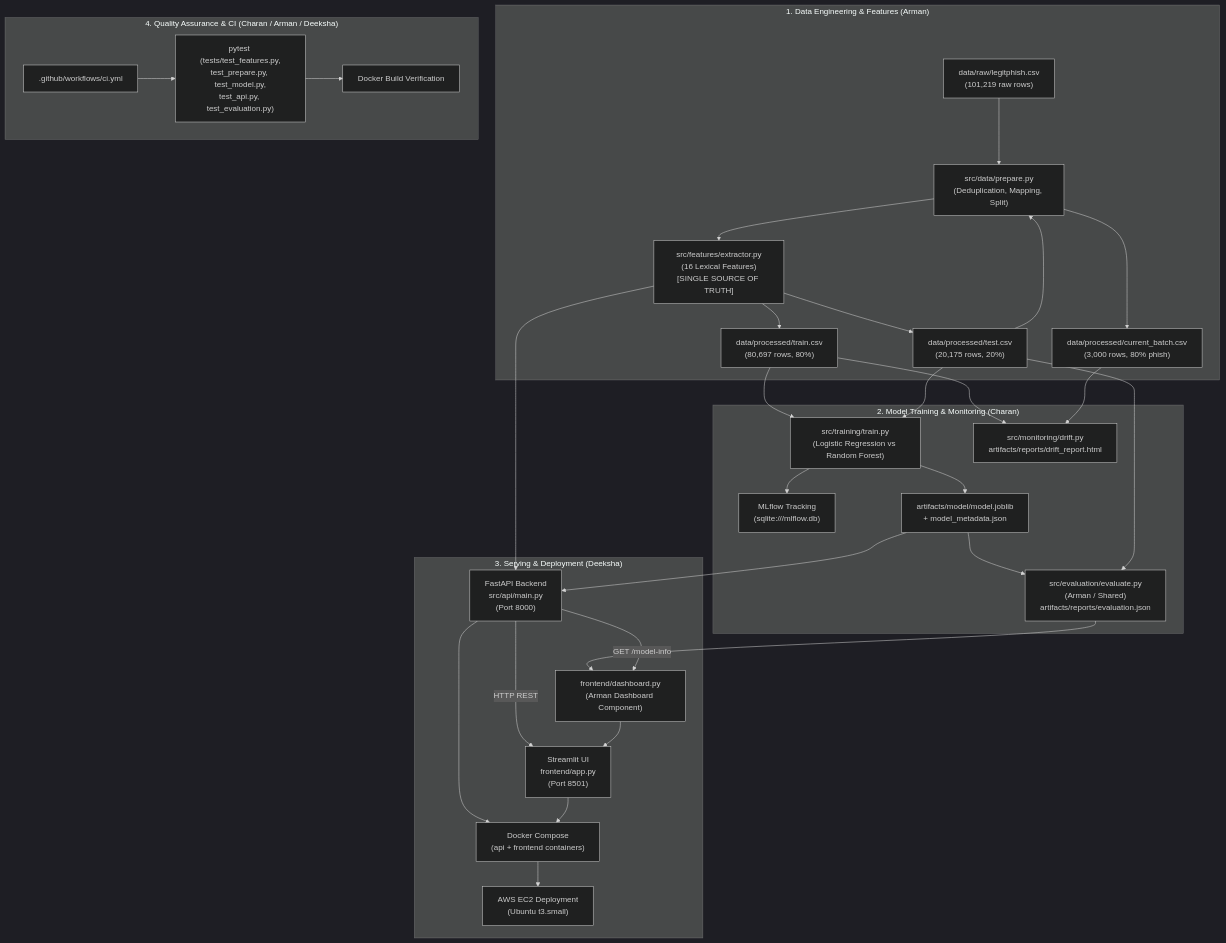
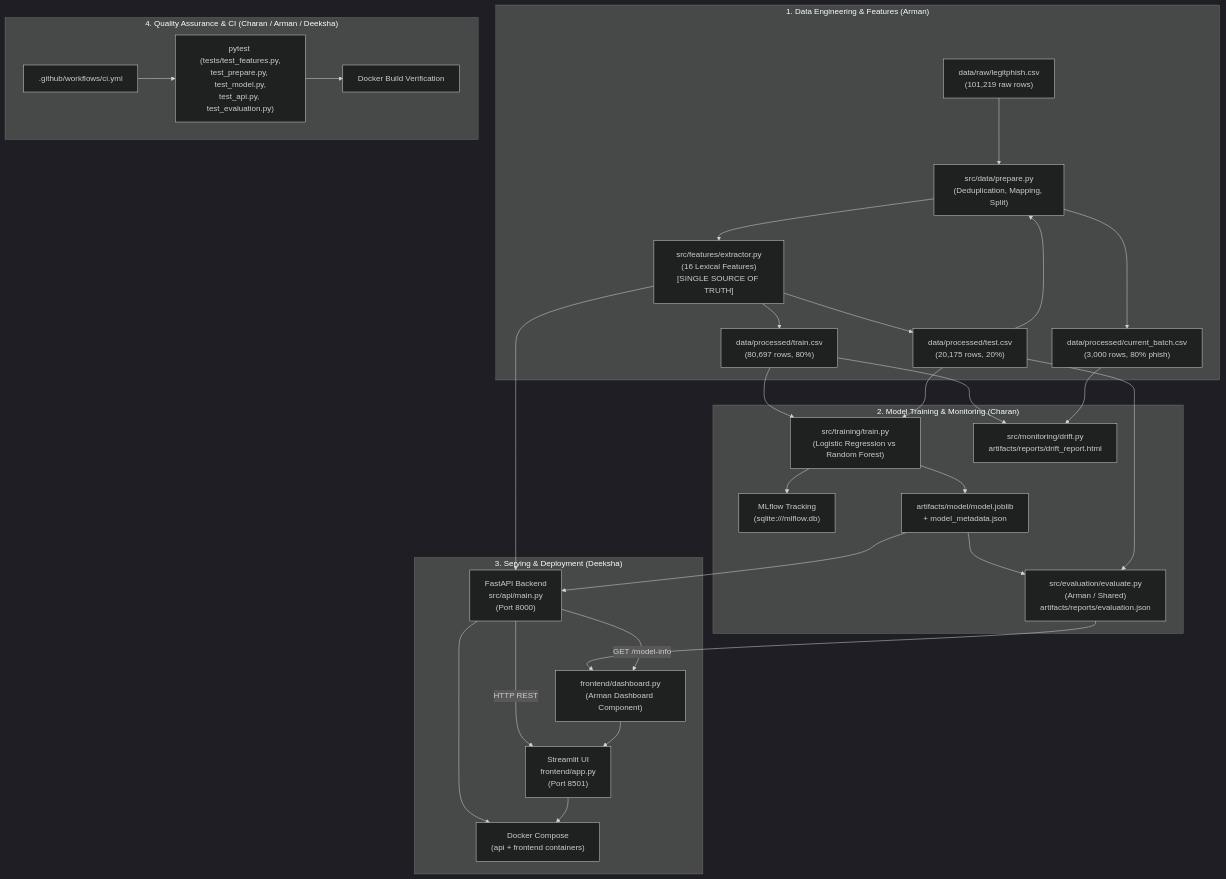
Before and after one commit to SinghCharanjeet11/phishing_shield: the diagram in docs/architecture.md, drawn with Mermaid (dark theme). The commit also changed other lines of this file and 3 other files, not shown here.

````diff
--- a/docs/architecture.md
+++ b/docs/architecture.md
@@ -9,61 +9,59 @@
 ```mermaid
 flowchart TD
     subgraph Data_Pipeline["1. Data Engineering & Features (Arman)"]
         RawCSV["data/raw/legitphish.csv\n(101,219 raw rows)"]
         Prepare["src/data/prepare.py\n(Deduplication, Mapping, Split)"]
         Extractor["src/features/extractor.py\n(16 Lexical Features)\n[SINGLE SOURCE OF TRUTH]"]
         TrainCSV["data/processed/train.csv\n(80,697 rows, 80%)"]
         TestCSV["data/processed/test.csv\n(20,175 rows, 20%)"]
         ShiftedCSV["data/processed/current_batch.csv\n(3,000 rows, 80% phish)"]
         
         RawCSV --> Prepare
         Prepare --> Extractor
         Extractor --> TrainCSV
         Extractor --> TestCSV
         TestCSV --> Prepare
         Prepare --> ShiftedCSV
     end
 
     subgraph MLOps_Pipeline["2. Model Training & Monitoring (Charan)"]
         TrainScript["src/training/train.py\n(Logistic Regression vs Random Forest)"]
         MLflow["MLflow Tracking\n(sqlite:///mlflow.db)"]
         BestModel["artifacts/model/model.joblib\n+ model_metadata.json"]
         Evaluate["src/evaluation/evaluate.py\n(Arman / Shared)\nartifacts/reports/evaluation.json"]
         Evidently["src/monitoring/drift.py\nartifacts/reports/drift_report.html"]
 
         TrainCSV --> TrainScript
         TestCSV --> TrainScript
         TrainScript --> MLflow
         TrainScript --> BestModel
         BestModel --> Evaluate
         TestCSV --> Evaluate
         TrainCSV --> Evidently
         ShiftedCSV --> Evidently
     end
 
     subgraph Serving_Deployment["3. Serving & Deployment (Deeksha)"]
         FastAPI["FastAPI Backend\nsrc/api/main.py\n(Port 8000)"]
         Streamlit["Streamlit UI\nfrontend/app.py\n(Port 8501)"]
         Dashboard["frontend/dashboard.py\n(Arman Dashboard Component)"]
         DockerCompose["Docker Compose\n(api + frontend containers)"]
-        EC2["AWS EC2 Deployment\n(Ubuntu t3.small)"]
 
         BestModel --> FastAPI
         Extractor --> FastAPI
         FastAPI -- "HTTP REST" --> Streamlit
         Evaluate --> Dashboard
         FastAPI -- "GET /model-info" --> Dashboard
         Dashboard --> Streamlit
         FastAPI --> DockerCompose
         Streamlit --> DockerCompose
-        DockerCompose --> EC2
     end
 
     subgraph CI_Pipeline["4. Quality Assurance & CI (Charan / Arman / Deeksha)"]
         GitHubActions[".github/workflows/ci.yml"]
         PytestSuite["pytest (tests/test_features.py,\ntest_prepare.py, test_model.py,\ntest_api.py, test_evaluation.py)"]
         
         GitHubActions --> PytestSuite
         PytestSuite --> DockerBuild["Docker Build Verification"]
     end
 ```
````
